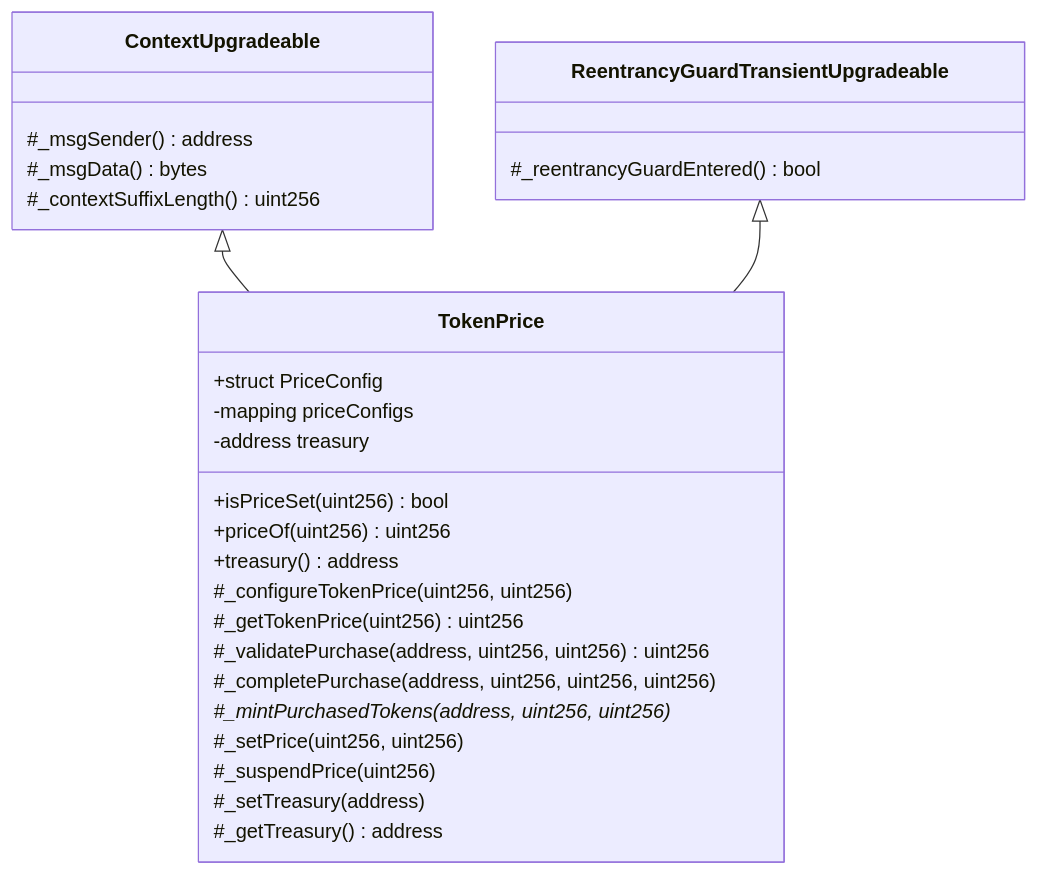
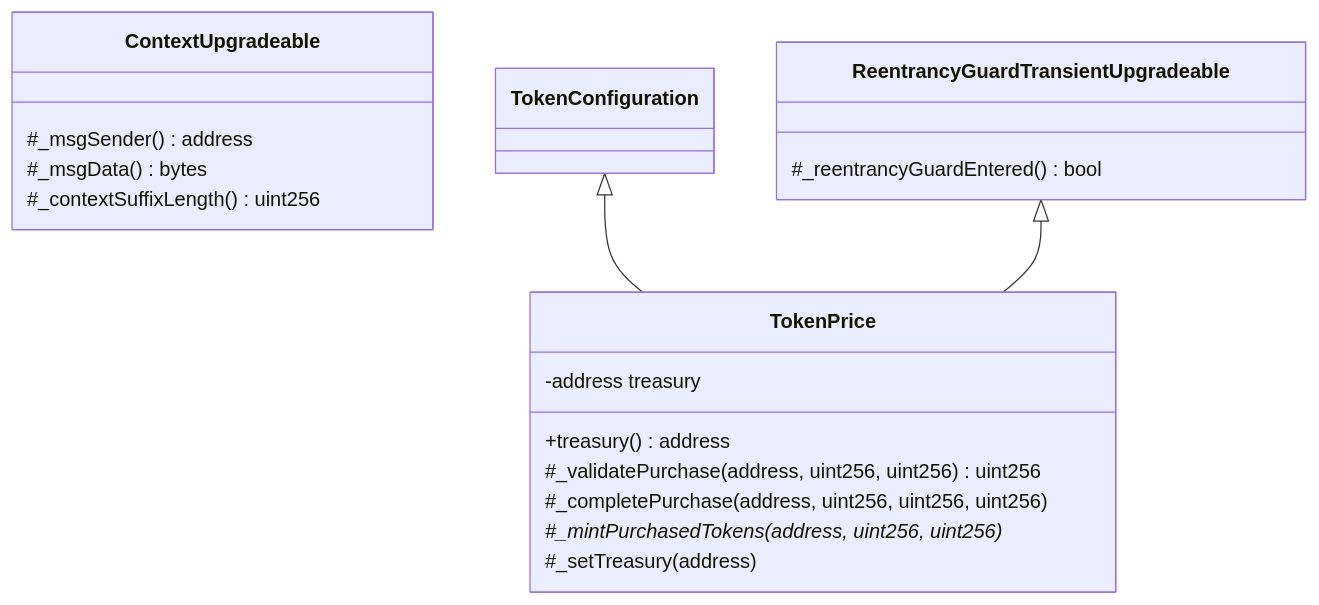
The third of 18 diagrams in src/README.md (glanzz/evmauth-core), drawn with Mermaid before and after one commit. The commit also changed other lines of this file and 28 other files, not shown here.

Commit message:
refactor: simplify token config

````diff
--- a/src/README.md
+++ b/src/README.md
@@ -277,31 +280,22 @@
 ```mermaid
 classDiagram
     class ContextUpgradeable{
         #_msgSender() address
         #_msgData() bytes
         #_contextSuffixLength() uint256
     }
     class ReentrancyGuardTransientUpgradeable{
         #_reentrancyGuardEntered() bool
     }
     class TokenPrice{
-        +struct PriceConfig
-        -mapping priceConfigs
         -address treasury
-        +isPriceSet(uint256) bool
-        +priceOf(uint256) uint256
         +treasury() address
-        #_configureTokenPrice(uint256, uint256)
-        #_getTokenPrice(uint256) uint256
         #_validatePurchase(address, uint256, uint256) uint256
         #_completePurchase(address, uint256, uint256, uint256)
         #_mintPurchasedTokens(address, uint256, uint256)*
-        #_setPrice(uint256, uint256)
-        #_suspendPrice(uint256)
         #_setTreasury(address)
-        #_getTreasury() address
     }
     
-    ContextUpgradeable <|-- TokenPrice
+    TokenConfiguration <|-- TokenPrice
     ReentrancyGuardTransientUpgradeable <|-- TokenPrice
 ```
````
